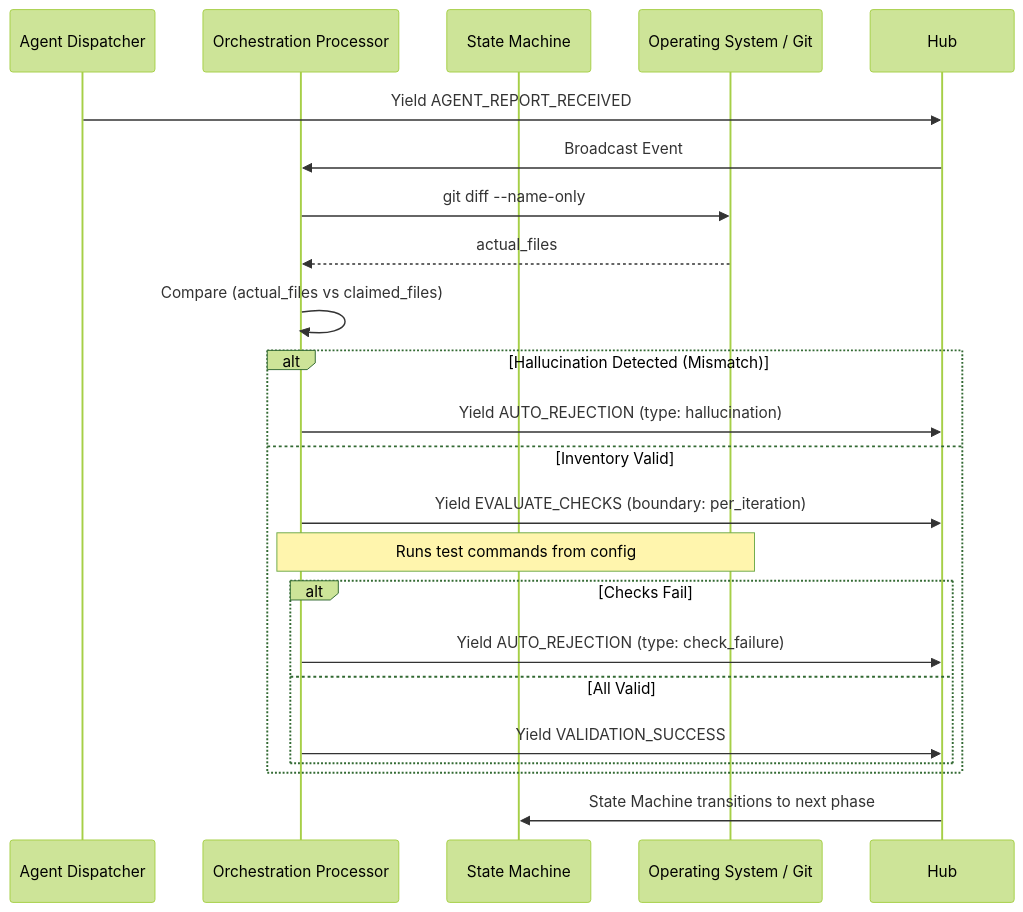
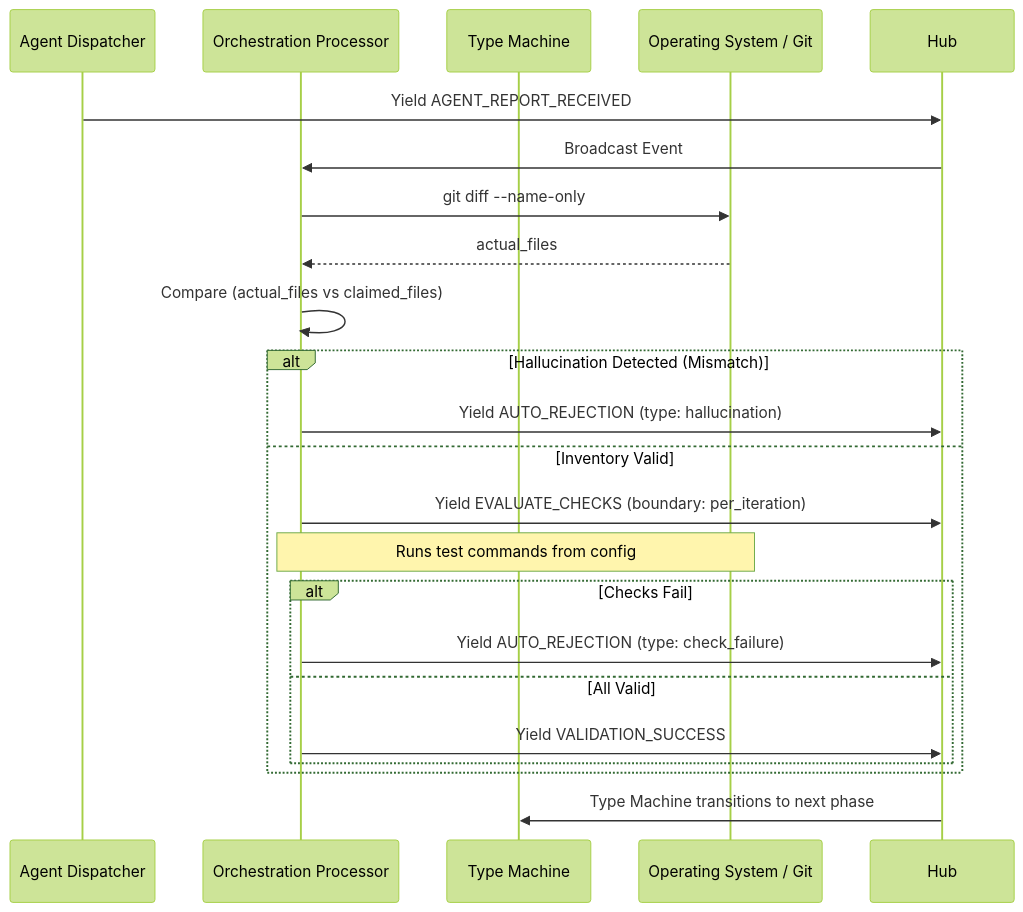
One commit to Tsomaia-Technologies/ductus changed the third of 3 diagrams in rfcs/rfc-001.md. Above: the diagram before and after it, drawn with Mermaid (forest theme). The commit also changed other lines of this file and 29 other files, not shown here.

````diff
--- a/rfcs/rfc-001.md
+++ b/rfcs/rfc-001.md
@@ -88,27 +88,27 @@
 ```mermaid
 sequenceDiagram
     participant A as Agent Dispatcher
     participant O as Orchestration Processor
-    participant S as State Machine
+    participant S as Type Machine
     participant OS as Operating System / Git
     
     A->>Hub: Yield AGENT_REPORT_RECEIVED
     Hub->>O: Broadcast Event
     O->>OS: git diff --name-only
     OS-->>O: actual_files
     O->>O: Compare (actual_files vs claimed_files)
     
     alt Hallucination Detected (Mismatch)
         O->>Hub: Yield AUTO_REJECTION (type: hallucination)
     else Inventory Valid
         O->>Hub: Yield EVALUATE_CHECKS (boundary: per_iteration)
         Note over O,OS: Runs test commands from config
         alt Checks Fail
             O->>Hub: Yield AUTO_REJECTION (type: check_failure)
         else All Valid
             O->>Hub: Yield VALIDATION_SUCCESS
         end
     end
     
-    Hub->>S: State Machine transitions to next phase
+    Hub->>S: Type Machine transitions to next phase
 ```
````
